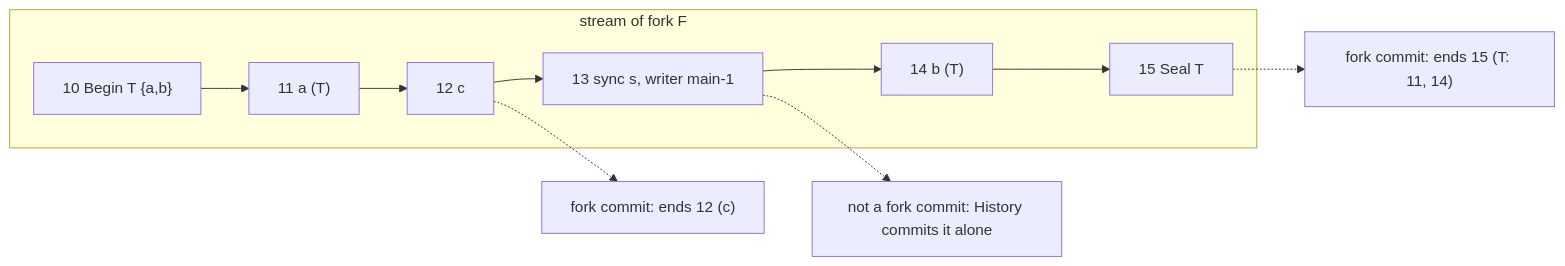
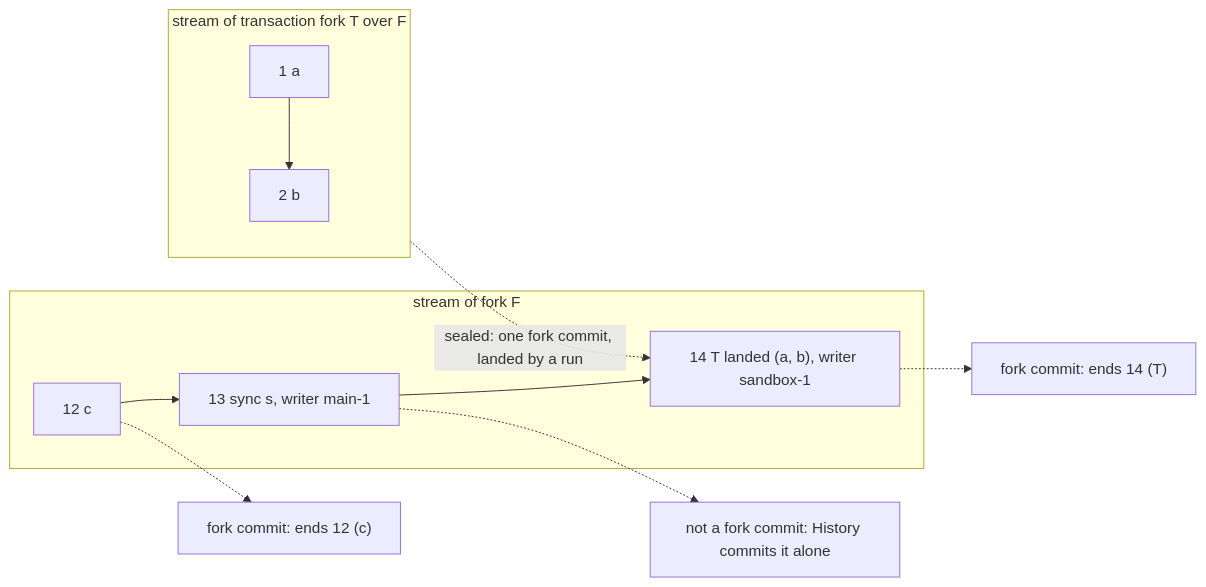
The second of 4 diagrams in docs/target-architecture/domains/journal.md (mcurcio/agentfs), drawn with Mermaid before and after one commit. The commit also changed other lines of this file and 12 other files, not shown here.

````diff
--- a/docs/target-architecture/domains/journal.md
+++ b/docs/target-architecture/domains/journal.md
@@ -57,9 +53,13 @@
 ```mermaid
 flowchart LR
+  subgraph T["stream of transaction fork T over F"]
+    t1["1 a"] --> t2["2 b"]
+  end
   subgraph F["stream of fork F"]
-    s10["10 Begin T {a,b}"] --> s11["11 a (T)"] --> s12["12 c"] --> s13["13 sync s, writer main-1"] --> s14["14 b (T)"] --> s15["15 Seal T"]
+    s12["12 c"] --> s13["13 sync s, writer main-1"] --> s14["14 T landed (a, b), writer sandbox-1"]
   end
+  T -.->|"sealed: one fork commit, landed by a run"| s14
   s12 -.-> C1["fork commit: ends 12 (c)"]
-  s15 -.-> C2["fork commit: ends 15 (T: 11, 14)"]
+  s14 -.-> C2["fork commit: ends 14 (T)"]
   s13 -.-> X["not a fork commit: History commits it alone"]
 ```
````
